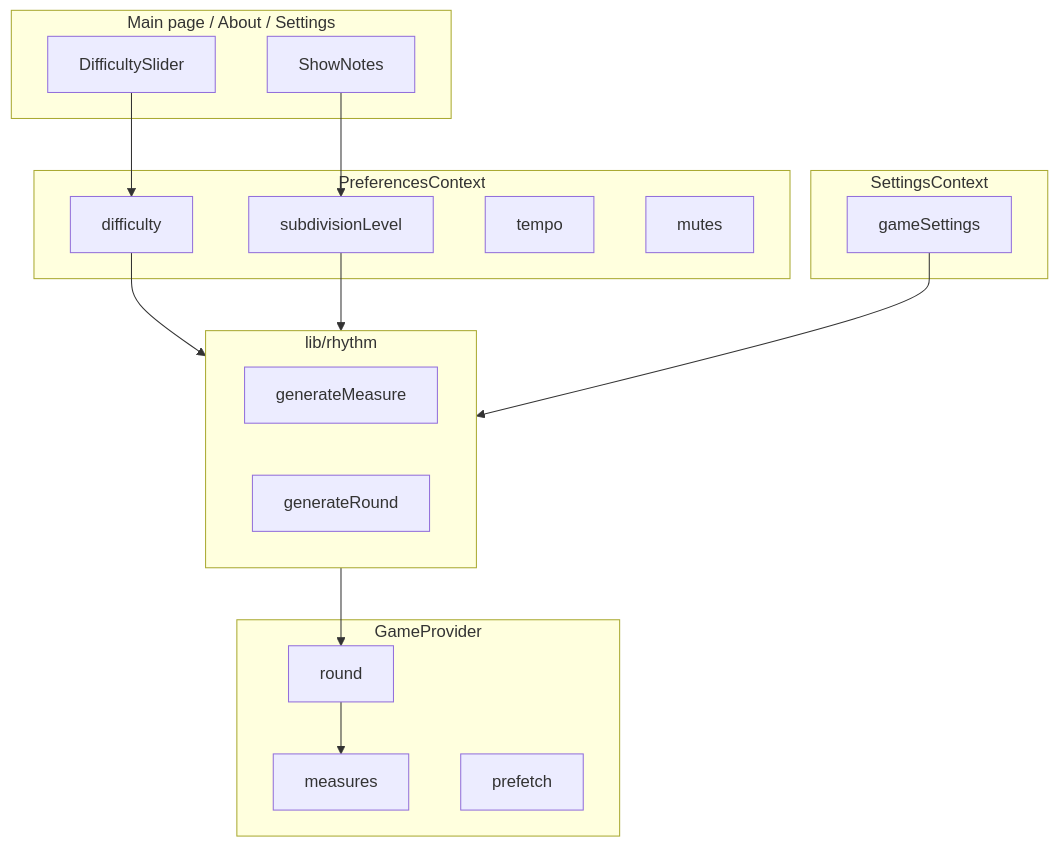
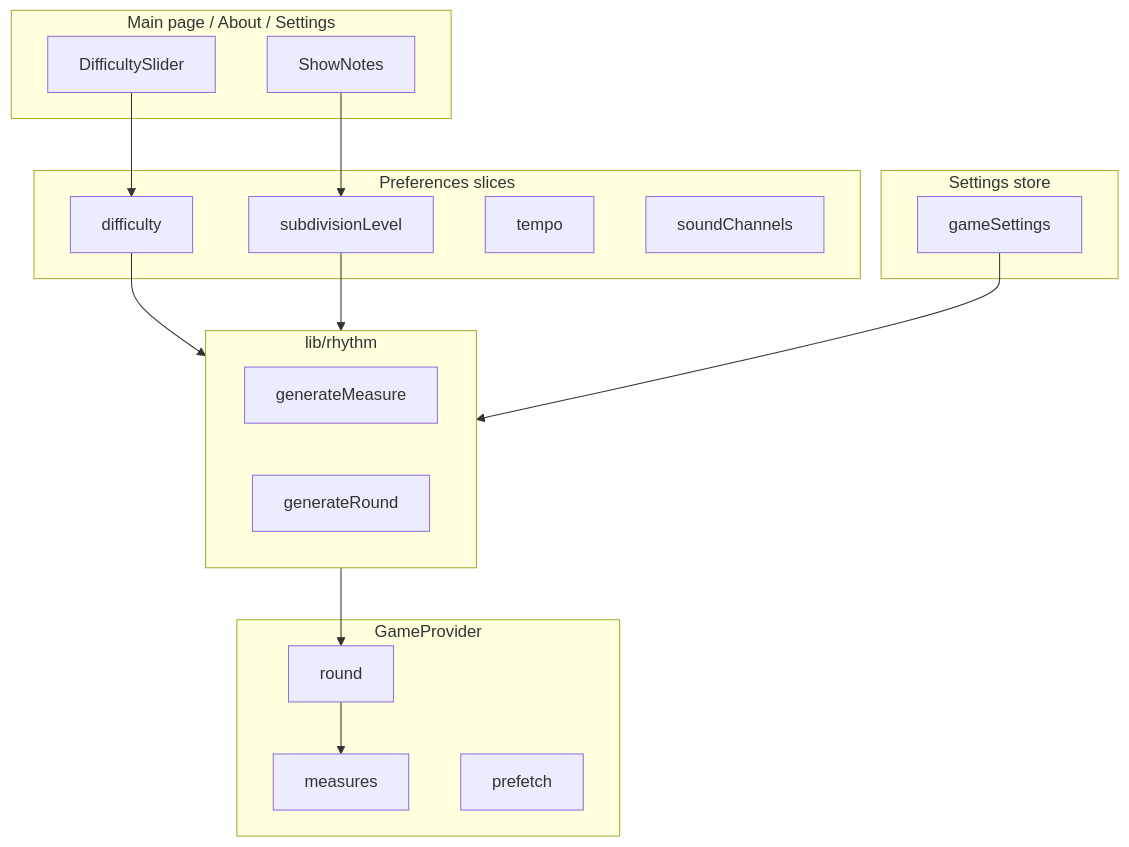
The second of 3 diagrams in documentation/ARCHITECTURE.md (kylemichaelsullivan/poison-rhythm), drawn with Mermaid before and after one commit. The commit also changed other lines of this file and 139 other files, not shown here.

````diff
--- a/documentation/ARCHITECTURE.md
+++ b/documentation/ARCHITECTURE.md
@@ -68,37 +69,37 @@
 ```mermaid
 flowchart TB
   subgraph mainPage [Main page / About / Settings]
     DifficultySlider
     ShowNotes
   end
 
-  subgraph prefs [PreferencesContext]
+  subgraph prefs [Preferences slices]
     difficulty
     subdivisionLevel
     tempo
-    mutes
+    soundChannels
   end
 
-  subgraph settings [SettingsContext]
+  subgraph settings [Settings store]
     gameSettings
   end
 
   subgraph game [GameProvider]
     round
     measures
     prefetch
   end
 
   subgraph engine [lib/rhythm]
     generateMeasure
     generateRound
   end
 
   DifficultySlider --> difficulty
   ShowNotes --> subdivisionLevel
   difficulty --> engine
   subdivisionLevel --> engine
   gameSettings --> engine
   engine --> round
   round --> measures
 ```
````
